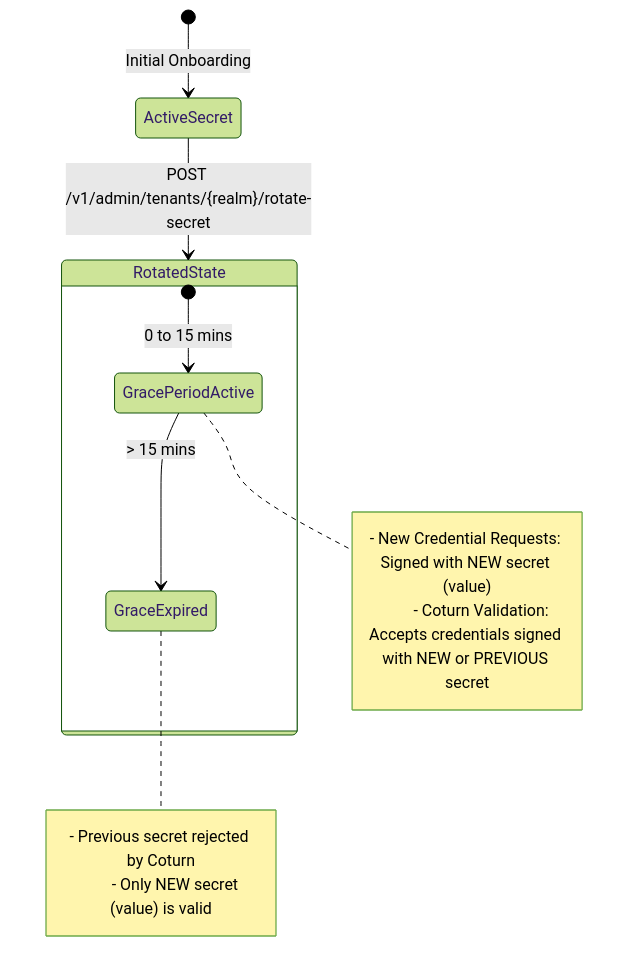
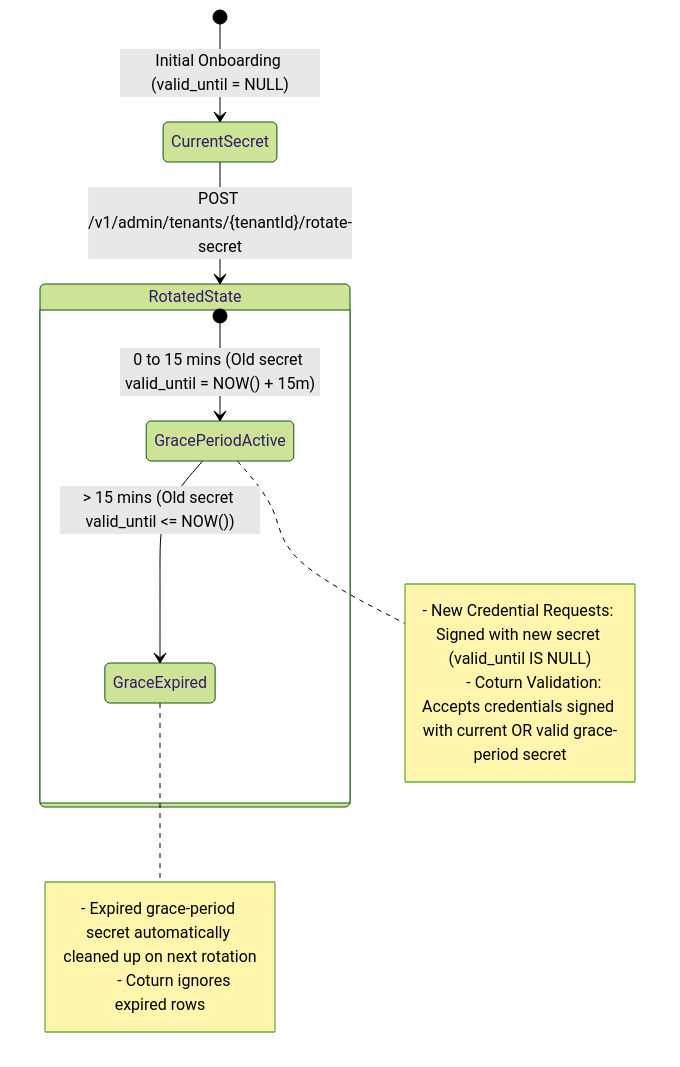
The second of 2 diagrams in README.md (K2IOT/turn-credential-platform), drawn with Mermaid (forest theme) before and after one commit. The commit also changed other lines of this file, not shown here.

````diff
--- a/README.md
+++ b/README.md
@@ -144,20 +158,20 @@
 ```mermaid
 stateDiagram-v2
-    [*] --> ActiveSecret: Initial Onboarding
-    ActiveSecret --> RotatedState: POST /v1/admin/tenants/{realm}/rotate-secret
+    [*] --> CurrentSecret: Initial Onboarding (valid_until = NULL)
+    CurrentSecret --> RotatedState: POST /v1/admin/tenants/{tenantId}/rotate-secret
     
     state RotatedState {
-        [*] --> GracePeriodActive: 0 to 15 mins
-        GracePeriodActive --> GraceExpired: > 15 mins
+        [*] --> GracePeriodActive: 0 to 15 mins (Old secret valid_until = NOW() + 15m)
+        GracePeriodActive --> GraceExpired: > 15 mins (Old secret valid_until <= NOW())
     }
 
     note right of GracePeriodActive
-        - New Credential Requests: Signed with NEW secret (value)
-        - Coturn Validation: Accepts credentials signed with NEW or PREVIOUS secret
+        - New Credential Requests: Signed with new secret (valid_until IS NULL)
+        - Coturn Validation: Accepts credentials signed with current OR valid grace-period secret
     end note
 
     note right of GraceExpired
-        - Previous secret rejected by Coturn
-        - Only NEW secret (value) is valid
+        - Expired grace-period secret automatically cleaned up on next rotation
+        - Coturn ignores expired rows
     end note
 ```
````
